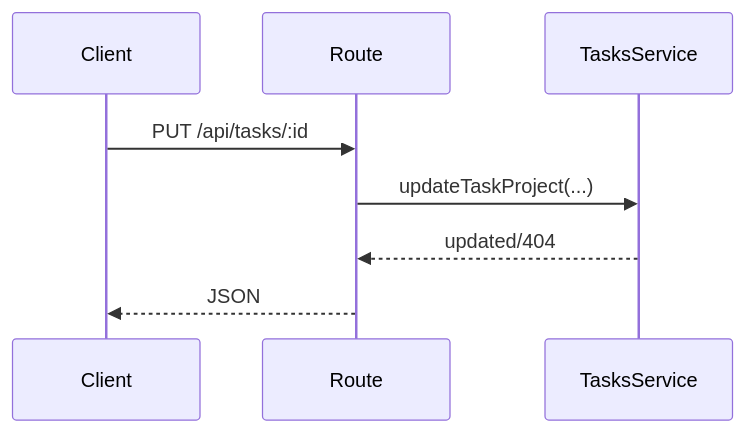
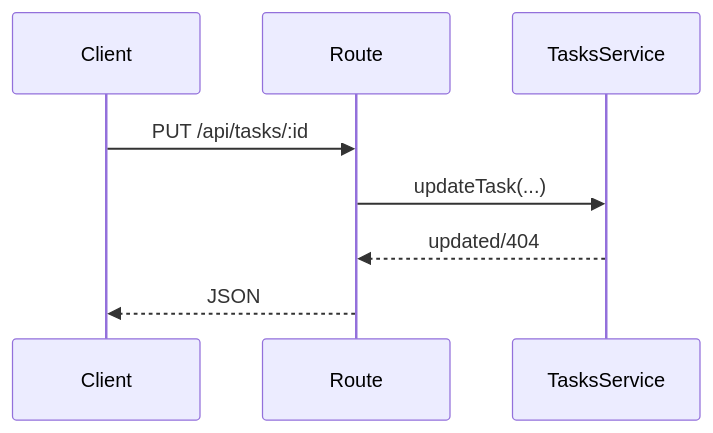
Diagram 18 of 21 in src/backend/domains/tasks/README.md (TurtleStoffel/tektite-console), drawn with Mermaid before and after one commit. The commit also changed other lines of this file and 5 other files, not shown here.

````diff
--- a/src/backend/domains/tasks/README.md
+++ b/src/backend/domains/tasks/README.md
@@ -214,10 +215,10 @@
 ```mermaid
 sequenceDiagram
     participant Client
     participant Route
     participant TasksService
     Client->>Route: PUT /api/tasks/:id
-    Route->>TasksService: updateTaskProject(...)
+    Route->>TasksService: updateTask(...)
     TasksService-->>Route: updated/404
     Route-->>Client: JSON
 ```
````
